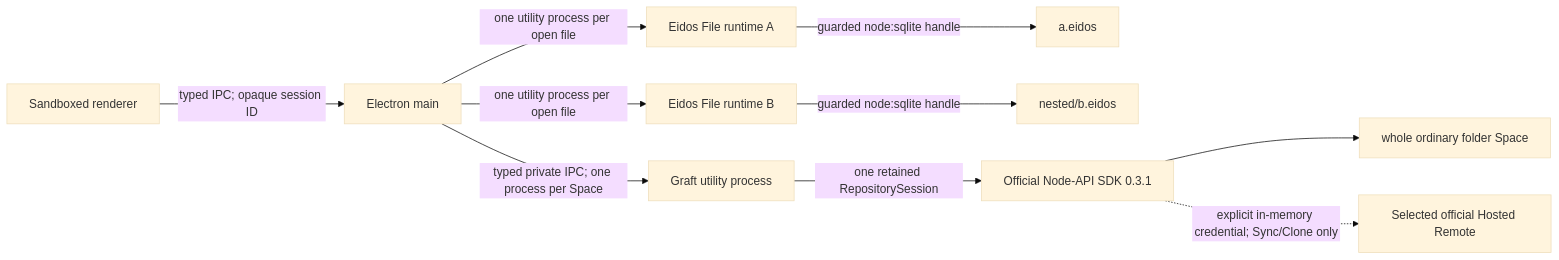
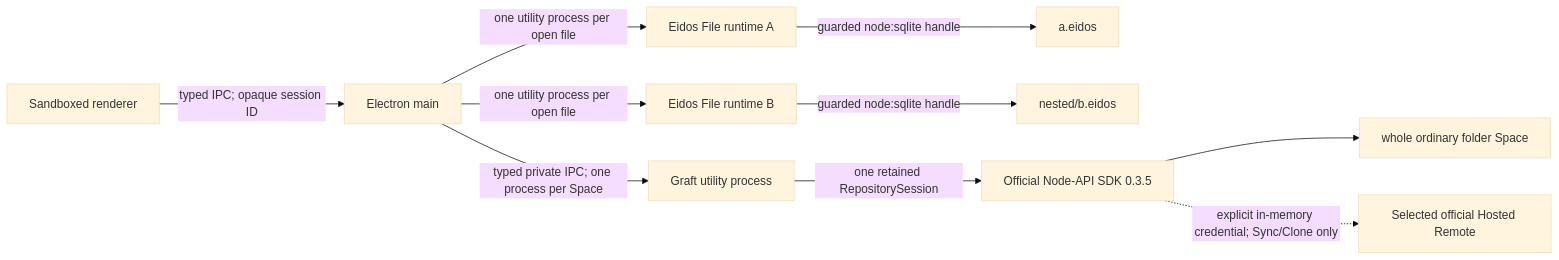
One commit to mayneyao/eidos changed the first of 2 diagrams in apps/eidos-lite-desktop/docs/ARCHITECTURE.md. Above: the diagram before and after it, drawn with Mermaid (base theme). The commit also changed other lines of this file and 14 other files, not shown here.

````diff
--- a/apps/eidos-lite-desktop/docs/ARCHITECTURE.md
+++ b/apps/eidos-lite-desktop/docs/ARCHITECTURE.md
@@ -59,12 +59,12 @@
 ```mermaid
 flowchart LR
   R["Sandboxed renderer"] -->|"typed IPC; opaque session ID"| M["Electron main"]
   M -->|"one utility process per open file"| F1["Eidos File runtime A"]
   M -->|"one utility process per open file"| F2["Eidos File runtime B"]
   F1 -->|"guarded node:sqlite handle"| E1["a.eidos"]
   F2 -->|"guarded node:sqlite handle"| E2["nested/b.eidos"]
   M -->|"typed private IPC; one process per Space"| G["Graft utility process"]
-  G -->|"one retained RepositorySession"| N["Official Node-API SDK 0.3.1"]
+  G -->|"one retained RepositorySession"| N["Official Node-API SDK 0.3.5"]
   N --> S["whole ordinary folder Space"]
   N -. "explicit in-memory credential; Sync/Clone only" .-> H["Selected official Hosted Remote"]
 ```
````
